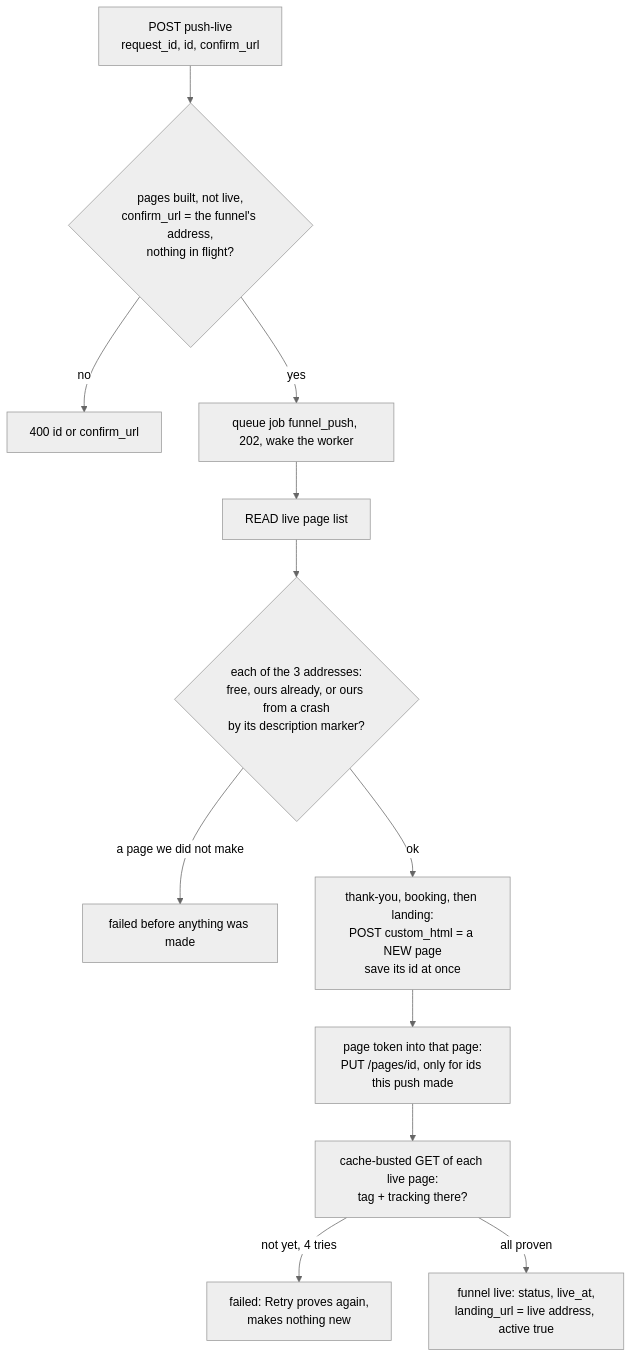
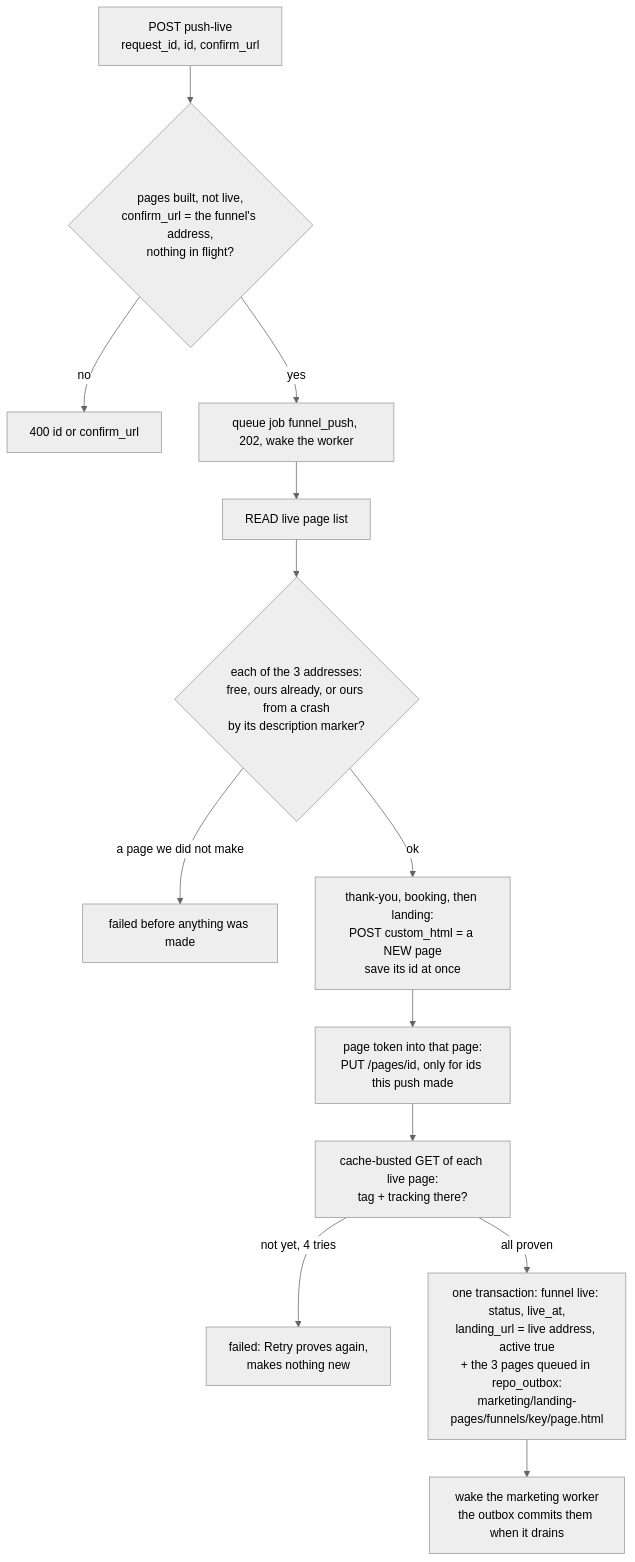
One commit to ZootimusMaximusSupreme/fundhub-platform changed diagram 19 of 20 in docs/journeys/marketing-dashboard-flow.md. Above: the diagram before and after it, drawn with Mermaid (neutral theme). The commit also changed other lines of this file and 5 other files, not shown here.

First line of the commit message:
X4: save live funnel pages through the repo outbox; fix two CI test setups

````diff
--- a/docs/journeys/marketing-dashboard-flow.md
+++ b/docs/journeys/marketing-dashboard-flow.md
@@ -633,14 +633,15 @@
 ```mermaid
 flowchart TD
   P[POST push-live<br/>request_id, id, confirm_url] --> V{pages built, not live,<br/>confirm_url = the funnel's address,<br/>nothing in flight?}
   V -->|no| V1[400 id or confirm_url]
   V -->|yes| J[queue job funnel_push, 202, wake the worker]
   J --> L[READ live page list]
   L --> C{each of the 3 addresses:<br/>free, ours already, or ours from a crash<br/>by its description marker?}
   C -->|a page we did not make| X[failed before anything was made]
   C -->|ok| O[thank-you, booking, then landing:<br/>POST custom_html = a NEW page<br/>save its id at once]
   O --> T[page token into that page:<br/>PUT /pages/id, only for ids this push made]
   T --> R[cache-busted GET of each live page:<br/>tag + tracking there?]
   R -->|not yet, 4 tries| F[failed: Retry proves again,<br/>makes nothing new]
-  R -->|all proven| LV[funnel live: status, live_at,<br/>landing_url = live address, active true]
+  R -->|all proven| LV[one transaction: funnel live: status, live_at,<br/>landing_url = live address, active true<br/>+ the 3 pages queued in repo_outbox:<br/>marketing/landing-pages/funnels/key/page.html]
+  LV --> WK[wake the marketing worker<br/>the outbox commits them when it drains]
 ```
````
